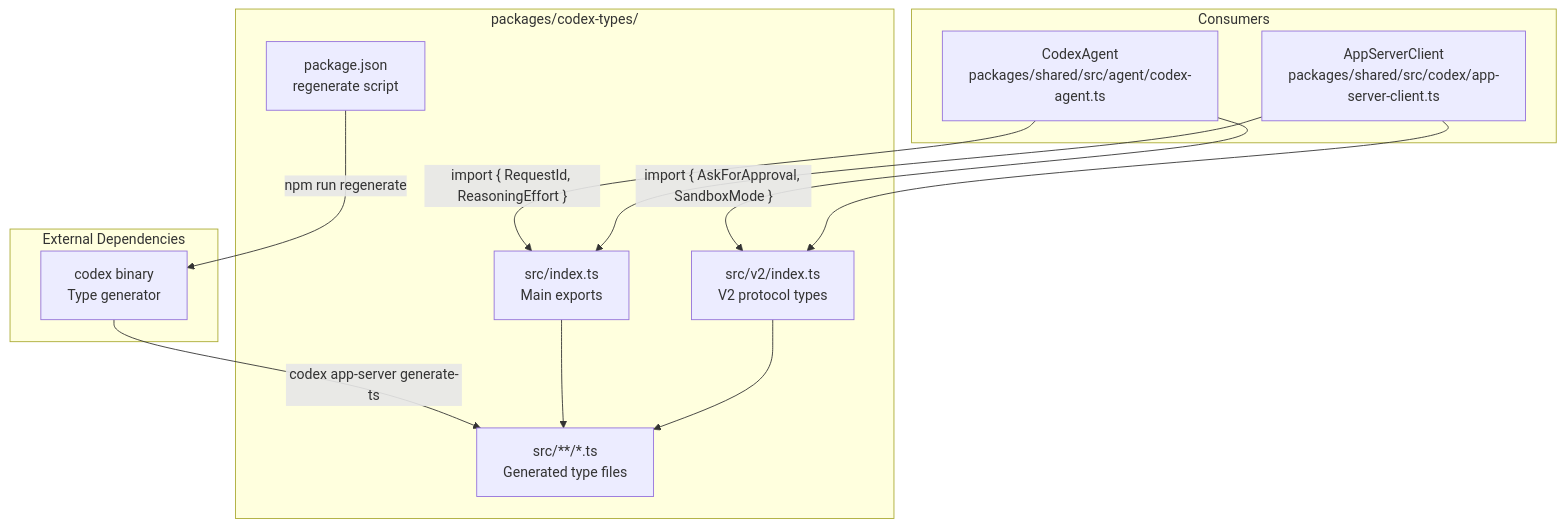
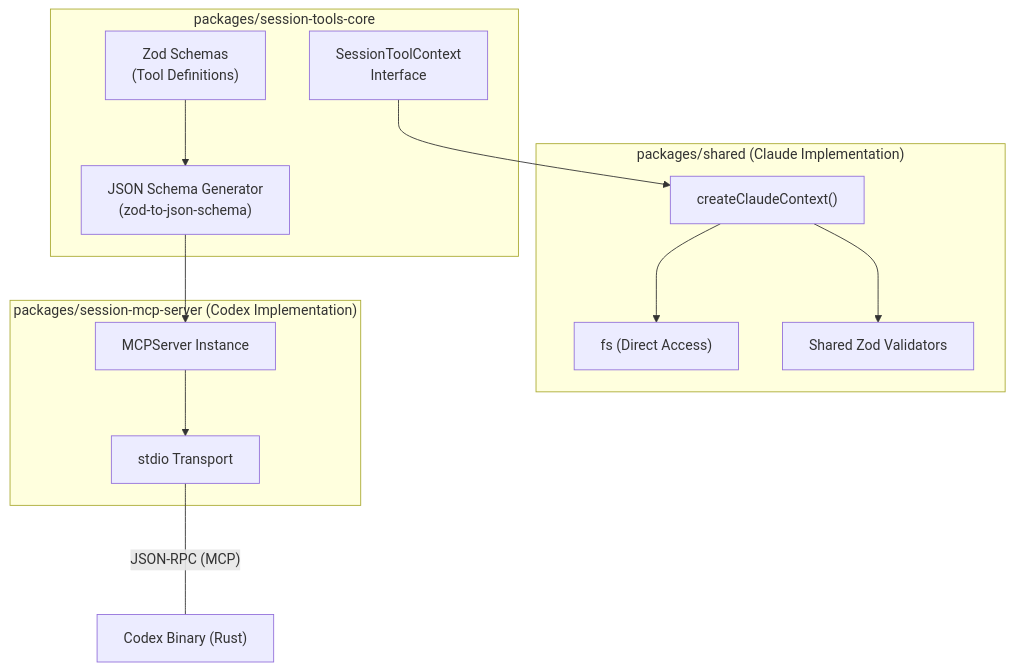
The first of 3 diagrams in docs/lukilabs_craft-agents-oss/development-guide/type-generation-for-codex.md (blackcater/zentree), drawn with Mermaid before and after one commit. The commit also changed other lines of this file and 232 other files, not shown here.

````diff
--- a/docs/lukilabs_craft-agents-oss/development-guide/type-generation-for-codex.md
+++ b/docs/lukilabs_craft-agents-oss/development-guide/type-generation-for-codex.md
@@ -37,28 +44,27 @@
 ```mermaid
-graph TB
-    subgraph "packages/codex-types/"
-        Package["package.json<br/>regenerate script"]
-        Index["src/index.ts<br/>Main exports"]
-        V2["src/v2/index.ts<br/>V2 protocol types"]
-        Generated["src/**/*.ts<br/>Generated type files"]
+graph TD
+    subgraph "packages/session-tools-core"
+        ZodSchema["Zod Schemas<br/>(Tool Definitions)"]
+        JsonSchema["JSON Schema Generator<br/>(zod-to-json-schema)"]
+        STC["SessionToolContext<br/>Interface"]
     end
 
-    subgraph "External Dependencies"
-        CodexBinary["codex binary<br/>Type generator"]
+    subgraph "packages/shared (Claude Implementation)"
+        ClaudeContext["createClaudeContext()"]
+        NodeFS["fs (Direct Access)"]
+        SharedValidators["Shared Zod Validators"]
     end
 
-    subgraph "Consumers"
-        CodexAgent["CodexAgent<br/>packages/shared/src/agent/codex-agent.ts"]
-        AppServerClient["AppServerClient<br/>packages/shared/src/codex/app-server-client.ts"]
+    subgraph "packages/session-mcp-server (Codex Implementation)"
+        MCPServer["MCPServer Instance"]
+        StdioTransport["stdio Transport"]
     end
 
-    CodexBinary -->|"codex app-server generate-ts"| Generated
-    Package -->|"npm run regenerate"| CodexBinary
-    Index --> Generated
-    V2 --> Generated
-
-    CodexAgent -->|"import { RequestId, ReasoningEffort }"| Index
-    CodexAgent -->|"import { AskForApproval, SandboxMode }"| V2
-    AppServerClient --> Index
-    AppServerClient --> V2
+    ZodSchema --> JsonSchema
+    STC --> ClaudeContext
+    ClaudeContext --> NodeFS
+    ClaudeContext --> SharedValidators
+    JsonSchema --> MCPServer
+    MCPServer --> StdioTransport
+    StdioTransport <---|"JSON-RPC (MCP)"| CodexBinary["Codex Binary (Rust)"]
 ```
````
